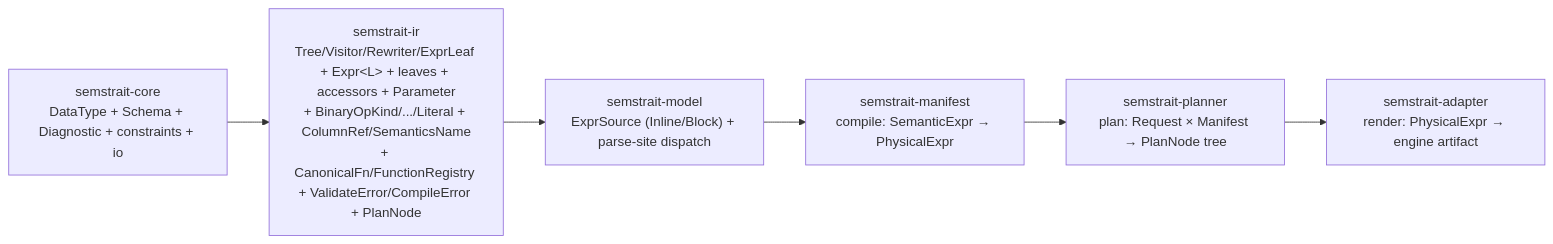
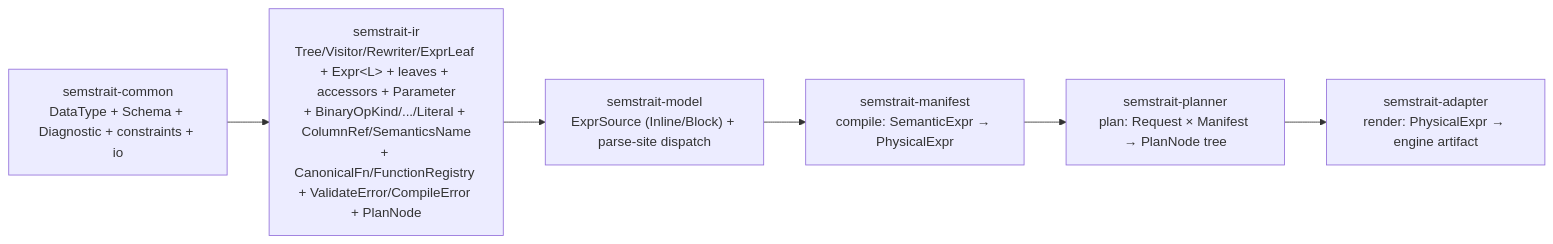
The second of 2 diagrams in docs/design/foundations/14_expressions.md (ahmetdal-funnel/semstrait), drawn with Mermaid before and after one commit. The commit also changed other lines of this file and 34 other files, not shown here.

````diff
--- a/docs/design/foundations/14_expressions.md
+++ b/docs/design/foundations/14_expressions.md
@@ -617,8 +617,8 @@
 ```mermaid
 flowchart LR
-  C["semstrait-core<br/>DataType + Schema + Diagnostic + constraints + io"] --> IR["semstrait-ir<br/>Tree/Visitor/Rewriter/ExprLeaf + Expr&lt;L&gt; + leaves + accessors + Parameter<br/>+ BinaryOpKind/.../Literal + ColumnRef/SemanticsName<br/>+ CanonicalFn/FunctionRegistry + ValidateError/CompileError + PlanNode"]
+  C["semstrait-common<br/>DataType + Schema + Diagnostic + constraints + io"] --> IR["semstrait-ir<br/>Tree/Visitor/Rewriter/ExprLeaf + Expr&lt;L&gt; + leaves + accessors + Parameter<br/>+ BinaryOpKind/.../Literal + ColumnRef/SemanticsName<br/>+ CanonicalFn/FunctionRegistry + ValidateError/CompileError + PlanNode"]
   IR --> M["semstrait-model<br/>ExprSource (Inline/Block) + parse-site dispatch"]
   M --> MAN["semstrait-manifest<br/>compile: SemanticExpr → PhysicalExpr"]
   MAN --> P["semstrait-planner<br/>plan: Request × Manifest → PlanNode tree"]
   P --> A["semstrait-adapter<br/>render: PhysicalExpr → engine artifact"]
 ```
````
